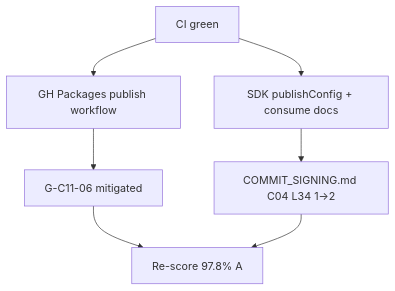
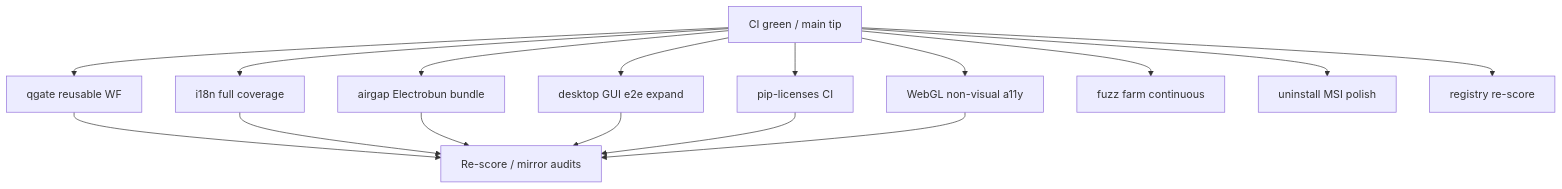
One commit to KooshaPari/Melosviz changed the diagram in docs/WORK_DAG.md. Above: the diagram before and after it, drawn with Mermaid. The commit also changed other lines of this file and 2 other files, not shown here.

Commit message:
chore: widen WORK_DAG parallel lanes + fuzz/uninstall polish

````diff
--- a/docs/WORK_DAG.md
+++ b/docs/WORK_DAG.md
@@ -5,9 +8,19 @@
 ```mermaid
 flowchart TD
-  A[CI green] --> B[GH Packages publish workflow]
-  A --> C[SDK publishConfig + consume docs]
-  B --> D[G-C11-06 mitigated]
-  C --> E[COMMIT_SIGNING.md C04 L34 1→2]
-  D --> F[Re-score 97.8% A]
-  E --> F
+  CI[CI green / main tip]
+  CI --> Q[qgate reusable WF]
+  CI --> I[i18n full coverage]
+  CI --> A[airgap Electrobun bundle]
+  CI --> E[desktop GUI e2e expand]
+  CI --> P[pip-licenses CI]
+  CI --> W[WebGL non-visual a11y]
+  CI --> F[fuzz farm continuous]
+  CI --> U[uninstall MSI polish]
+  CI --> R[registry re-score]
+  Q --> S[Re-score / mirror audits]
+  I --> S
+  A --> S
+  E --> S
+  P --> S
+  W --> S
 ```
````
